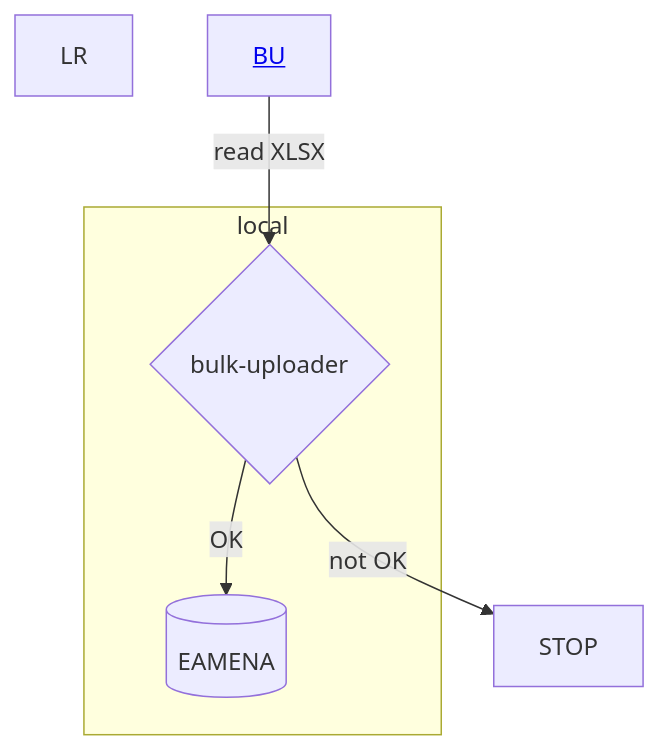
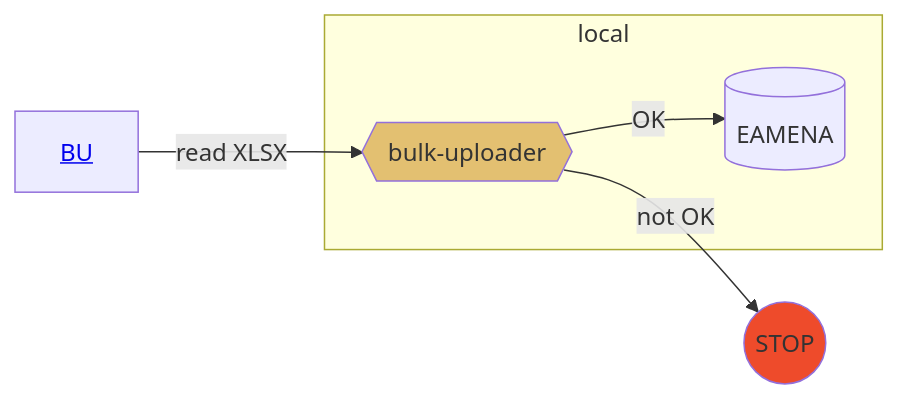
One commit to eamena-project/eamena-arches-dev changed the diagram in data/bibref/README.md. Above: the diagram before and after it, drawn with Mermaid.

Commit message:
citation README

````diff
--- a/data/bibref/README.md
+++ b/data/bibref/README.md
@@ -11,9 +11,10 @@
 ```mermaid
-flowchart
-	LR
-	A[<a href='https://github.com/eamena-project/eamena-arches-dev/blob/main/dbs/database.eamena/docs/notes/Arches%207%20Upgrade.md#splitchunk'>BU</a>] --read XLSX--> B{bulk-uploader};
+flowchart LR
+	A[<a href='https://github.com/eamena-project/eamena-arches-dev/blob/main/dbs/database.eamena/docs/notes/Arches%207%20Upgrade.md#splitchunk'>BU</a>] --read XLSX--> B{{bulk-uploader}}:::eamenaFunc;
 	subgraph local
 	B -- OK --> C[(EAMENA)];
 	end
-	B -- not OK --> D[STOP];
+	B -- not OK --> D((STOP)):::stop;
+	classDef eamenaFunc fill:#e3c071;
+	classDef stop fill:#EE4B2B	;
 ```
````
